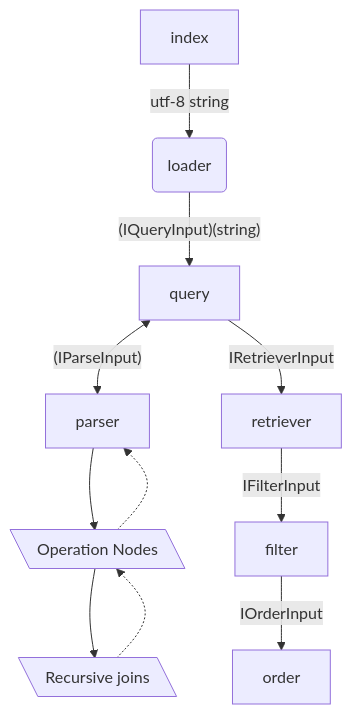
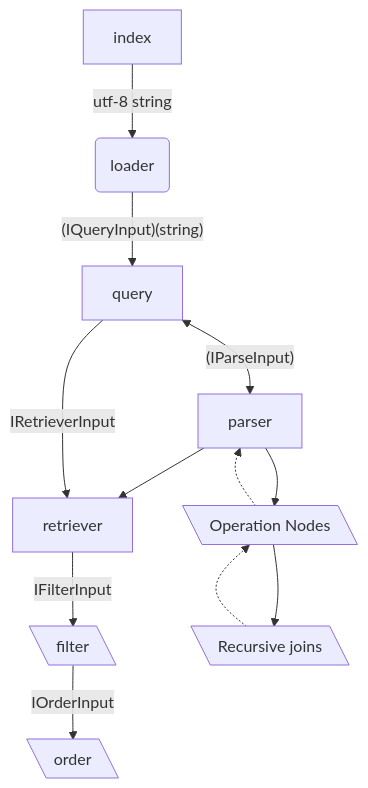
One commit to samrocksc/samql changed the diagram in README.md. Above: the diagram before and after it, drawn with Mermaid. The commit also changed other lines of this file, not shown here.

Commit message:
docs(README): update flowchart and language section for clarity and accuracy

````diff
--- a/README.md
+++ b/README.md
@@ -11,16 +11,19 @@
 ```mermaid
 flowchart TD
     A["index"] -- "utf-8 string" --> B("loader")
     B -- (IQueryInput)(string) --> n1["query"]
     n1 <-- (IParseInput) --> n2["parser"]
+    n2 --> n3
     n3["retriever"] -- IFilterInput --> n4["filter"]
     n4 -- IOrderInput --> n5["order"]
     n1 -- IRetrieverInput --> n3
     n2 --> n6["Operation Nodes"]
     n6 --> n7["Recursive joins"]
     n6 -.-> n2
     n7 -.-> n6
 
+    n4@{ shape: lean-l}
+    n5@{ shape: lean-l}
     n6@{ shape: lean-l}
     n7@{ shape: lean-l}
 ```
````
